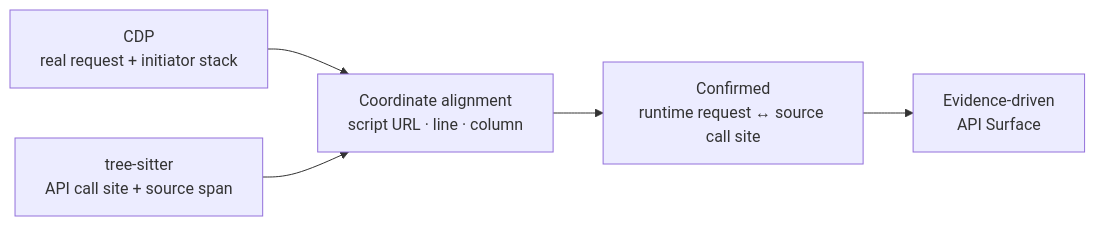
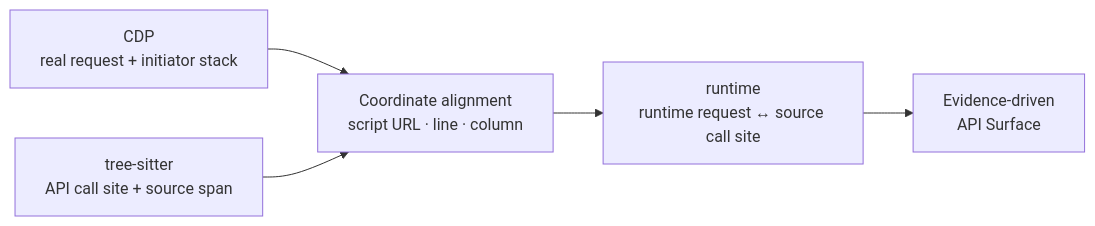
Before and after one commit to pis10/TraceSurface: the diagram in README.en.md, drawn with Mermaid. The commit also changed other lines of this file and 3 other files, not shown here.

````diff
--- a/README.en.md
+++ b/README.en.md
@@ -144,7 +144,7 @@
 ```mermaid
 flowchart LR
     A["CDP<br/>real request + initiator stack"] --> C["Coordinate alignment<br/>script URL · line · column"]
     B["tree-sitter<br/>API call site + source span"] --> C
-    C --> D["Confirmed<br/>runtime request ↔ source call site"]
+    C --> D["runtime<br/>runtime request ↔ source call site"]
     D --> E["Evidence-driven<br/>API Surface"]
 ```
````
